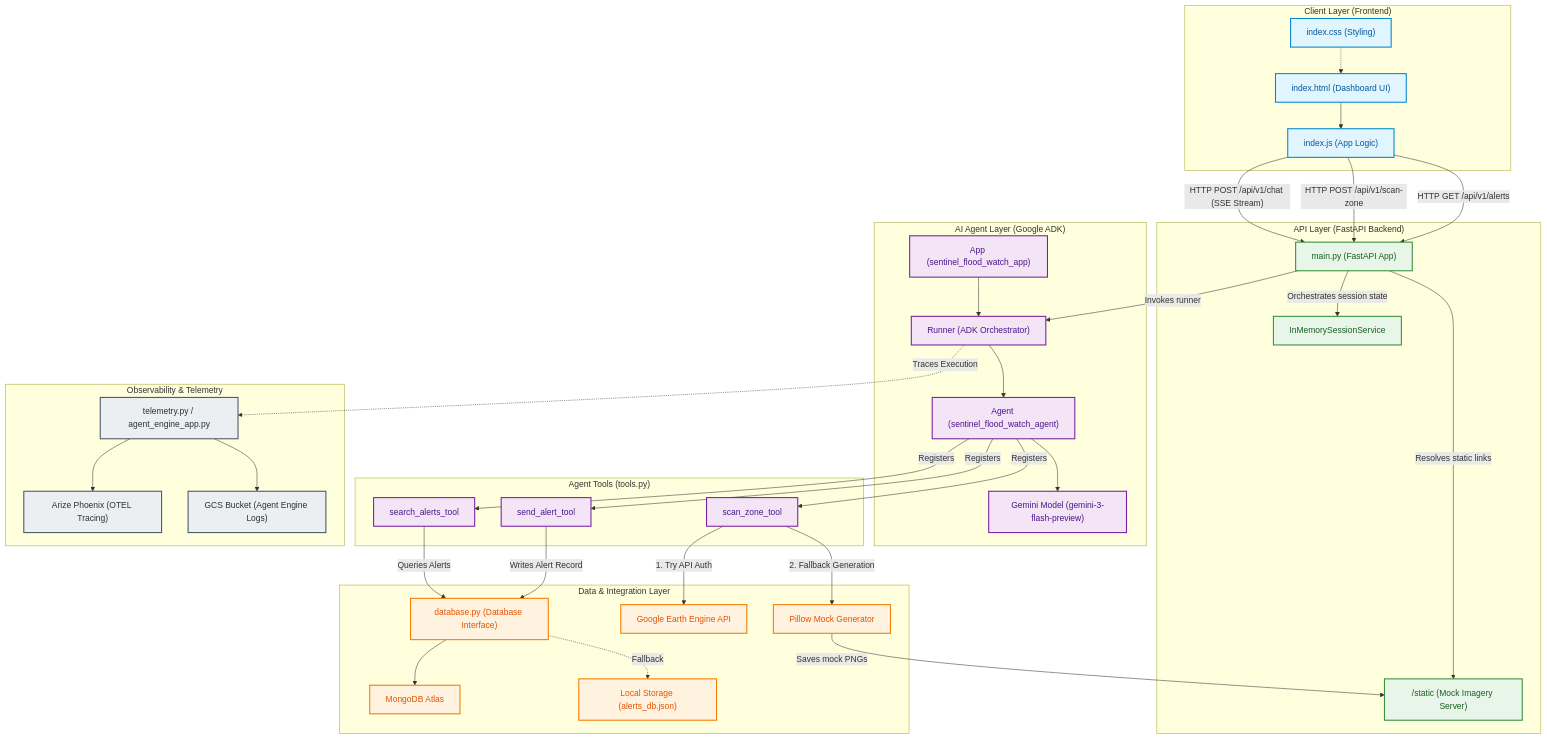
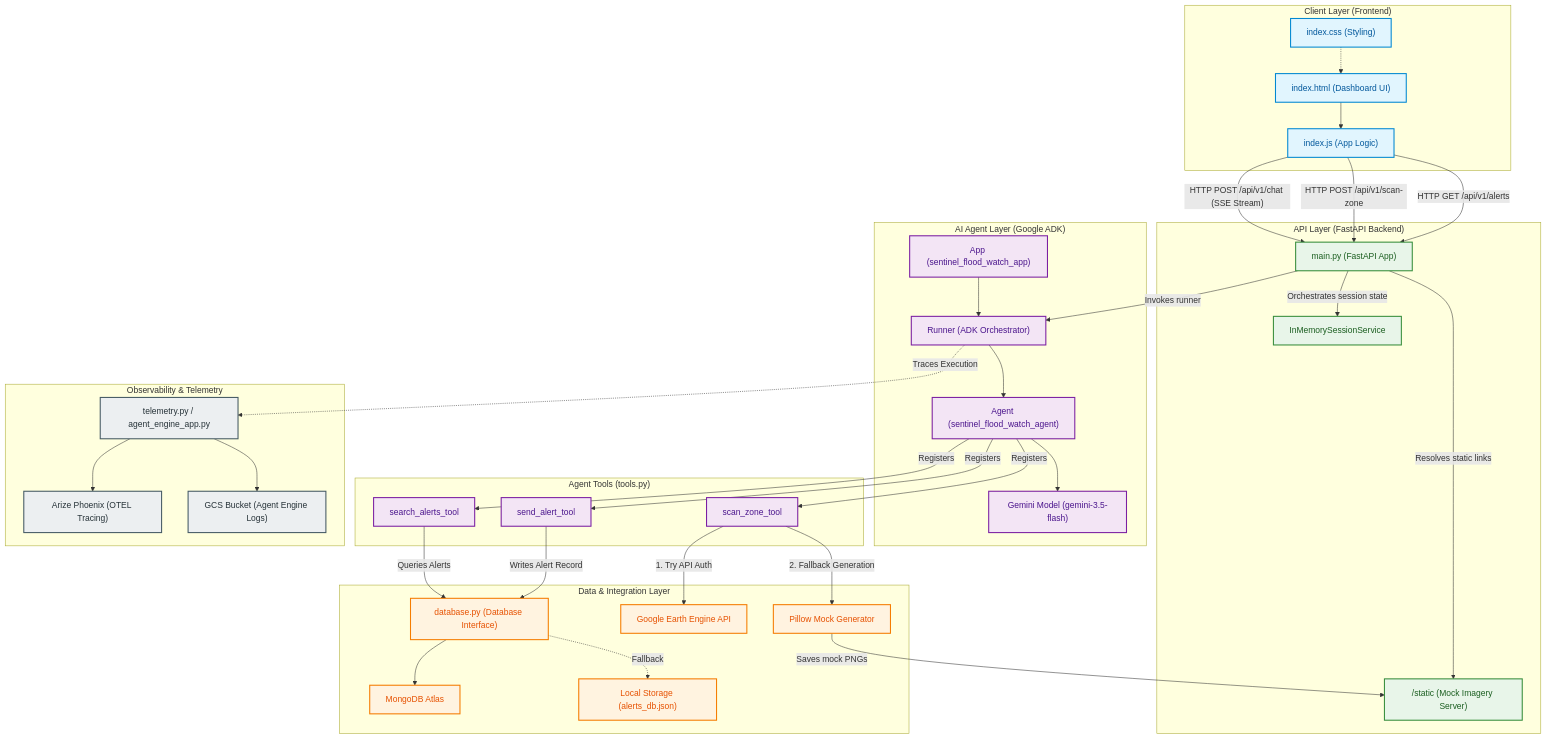
The diagram in architecture_diagram.md (Hou-dini/sentinel-flood-watch), drawn with Mermaid before and after one commit. The commit also changed other lines of this file and 5 other files, not shown here.

Commit message:
Update agent and judge models to gemini-3.5-flash for Vertex AI compatibility

```diff
--- a/architecture_diagram.md
+++ b/architecture_diagram.md
@@ -36,7 +36,7 @@
         ADKApp["App (sentinel_flood_watch_app)"]:::agent
         ADKRunner["Runner (ADK Orchestrator)"]:::agent
         Agent["Agent (sentinel_flood_watch_agent)"]:::agent
-        Model["Gemini Model (gemini-3-flash-preview)"]:::agent
+        Model["Gemini Model (gemini-3.5-flash)"]:::agent
         
         ADKApp --> ADKRunner
         ADKRunner --> Agent
```
